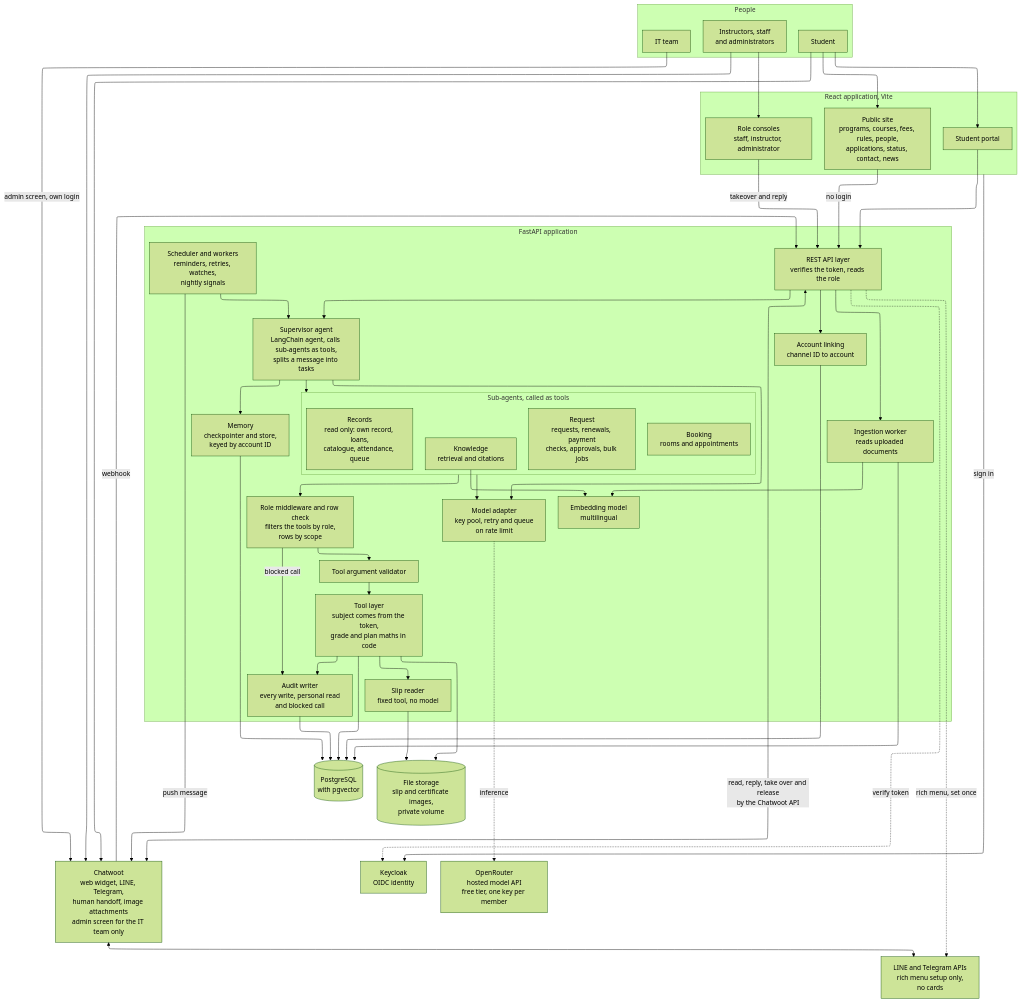
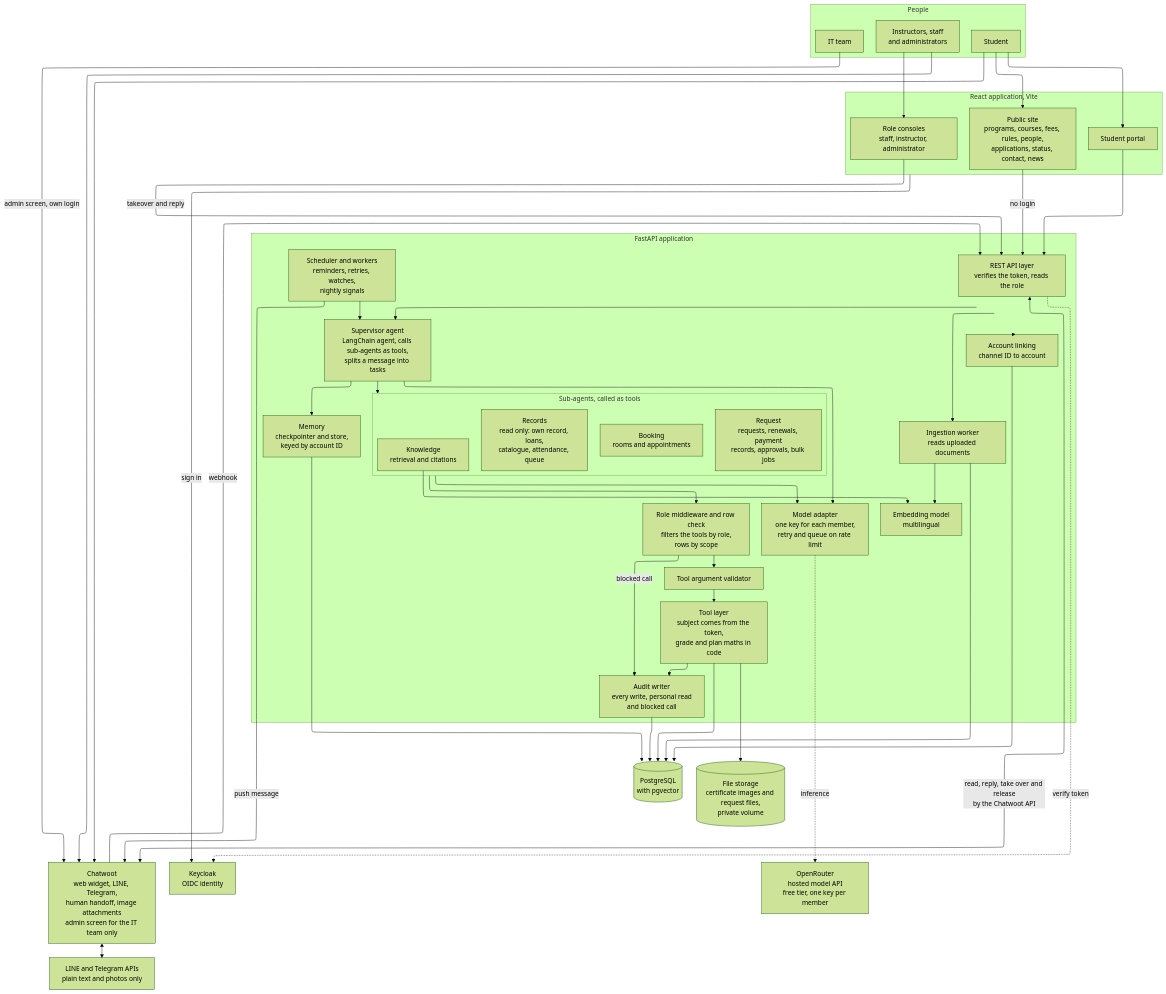
Before and after one commit to SaiWaiYanLynn/smart-university-website: the first of 11 diagrams in design/diagrams/diagrams-source.md, drawn with Mermaid (forest theme). The commit also changed other lines of this file and 27 other files, not shown here.

Commit message:
Add README, feasibility report v3 and updated diagrams

```diff
--- a/design/diagrams/diagrams-source.md
+++ b/design/diagrams/diagrams-source.md
@@ -34,7 +34,7 @@
   end
 
   CWT["Chatwoot<br/>web widget, LINE, Telegram,<br/>human handoff, image attachments<br/>admin screen for the IT team only"]
-  CHN["LINE and Telegram APIs<br/>rich menu setup only,<br/>no cards"]
+  CHN["LINE and Telegram APIs<br/>plain text and photos only"]
 
   subgraph API["FastAPI application"]
     REST["REST API layer<br/>verifies the token, reads the role"]
@@ -46,20 +46,19 @@
       K["Knowledge<br/>retrieval and citations"]
       R["Records<br/>read only: own record, loans,<br/>catalogue, attendance, queue"]
       B["Booking<br/>rooms and appointments"]
-      Q["Request<br/>requests, renewals, payment<br/>checks, approvals, bulk jobs"]
+      Q["Request<br/>requests, renewals, payment<br/>records, approvals, bulk jobs"]
     end
     ROLE["Role middleware and row check<br/>filters the tools by role,<br/>rows by scope"]
     VAL["Tool argument validator"]
     TOOL["Tool layer<br/>subject comes from the token,<br/>grade and plan maths in code"]
-    SLP["Slip reader<br/>fixed tool, no model"]
     AUD["Audit writer<br/>every write, personal read<br/>and blocked call"]
     ING["Ingestion worker<br/>reads uploaded documents"]
     EMB["Embedding model<br/>multilingual"]
-    LLM["Model adapter<br/>key pool, retry and queue<br/>on rate limit"]
+    LLM["Model adapter<br/>one key for each member,<br/>retry and queue on rate limit"]
   end
 
   PG[("PostgreSQL<br/>with pgvector")]
-  FS[("File storage<br/>slip and certificate images,<br/>private volume")]
+  FS[("File storage<br/>certificate images and request files,<br/>private volume")]
   KC["Keycloak<br/>OIDC identity"]
   OR["OpenRouter<br/>hosted model API<br/>free tier, one key per member"]
 
@@ -76,7 +75,6 @@
   CON -- "takeover and reply" --> REST
   CWT -- webhook --> REST
   REST <-- "read, reply, take over and release<br/>by the Chatwoot API" --> CWT
-  REST -. "rich menu, set once" .-> CHN
 
   REST --> SUP
   REST -. verify token .-> KC
@@ -98,8 +96,6 @@
 
   TOOL --> PG
   TOOL --> FS
-  TOOL --> SLP
-  SLP --> FS
   TOOL --> AUD
   AUD --> PG
   ING --> EMB
```
